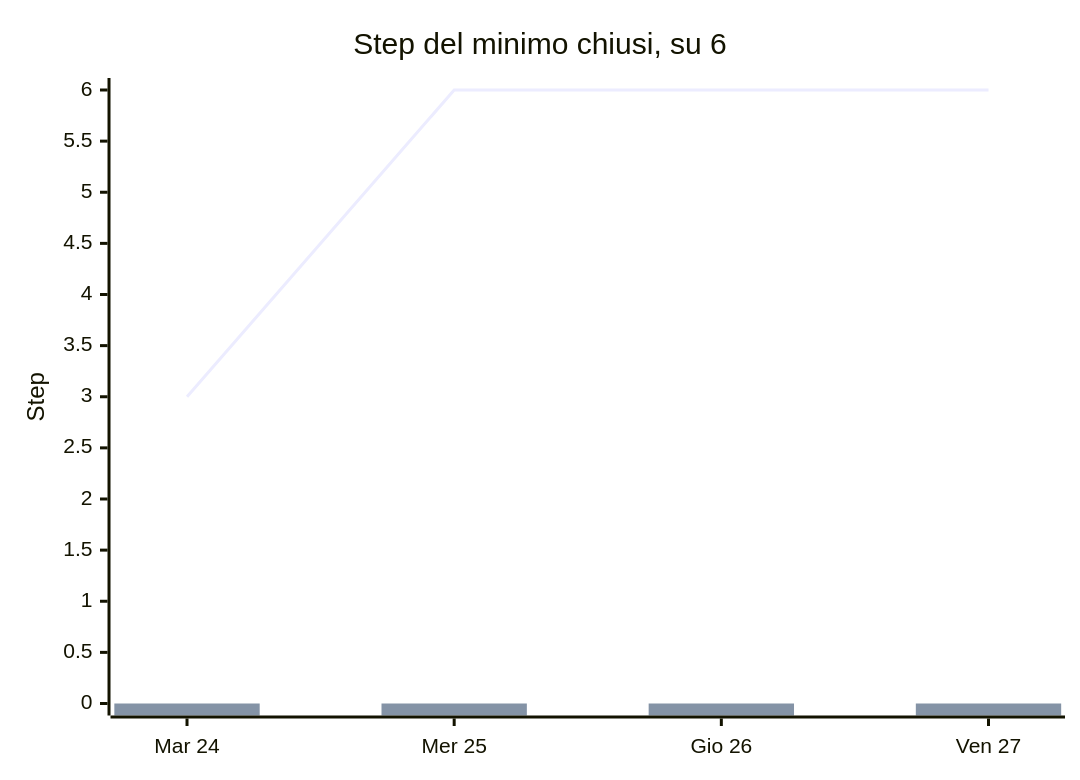
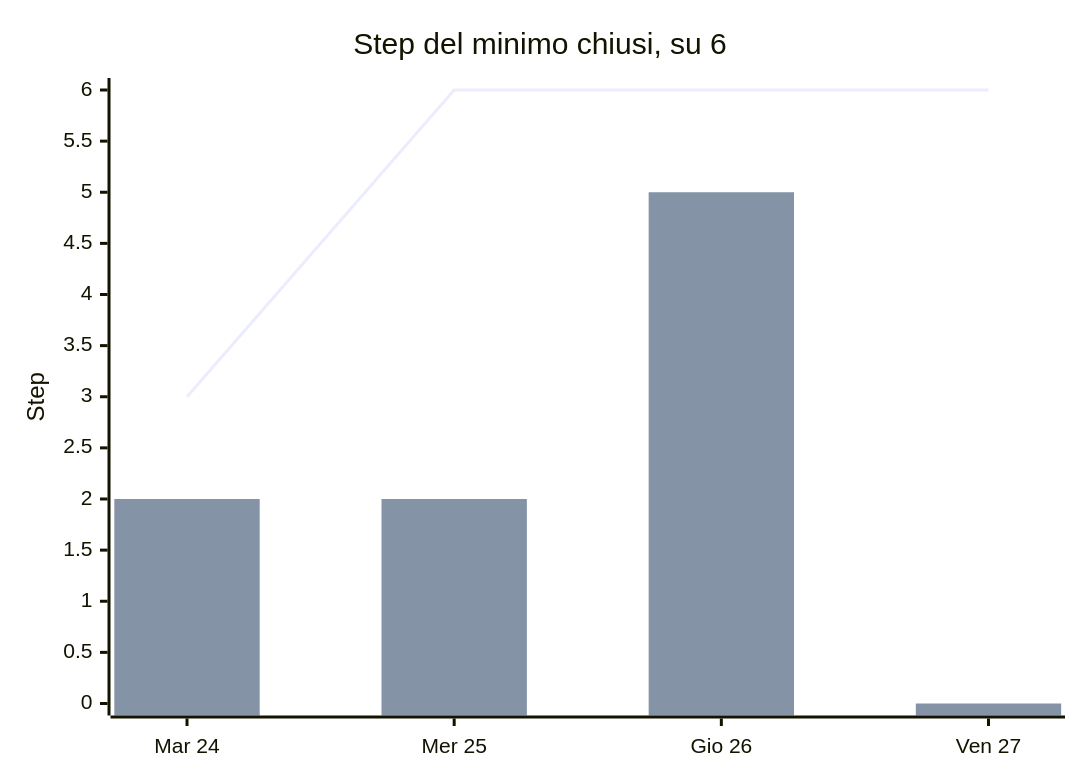
One commit to Ilbollit0/Team-3-progetto-buildweek-2 changed the second of 7 diagrams in docs/Controllo e monitoraggio.md. Above: the diagram before and after it, drawn with Mermaid. The commit also changed other lines of this file and 14 other files, not shown here.

````diff
--- a/docs/Controllo e monitoraggio.md
+++ b/docs/Controllo e monitoraggio.md
@@ -81,8 +90,8 @@
 ```mermaid
 xychart-beta
   title "Step del minimo chiusi, su 6"
   x-axis ["Mar 24", "Mer 25", "Gio 26", "Ven 27"]
   y-axis "Step" 0 --> 6
   line [3, 6, 6, 6]
-  bar [0, 0, 0, 0]
+  bar [2, 2, 5, 0]
 ```
````
